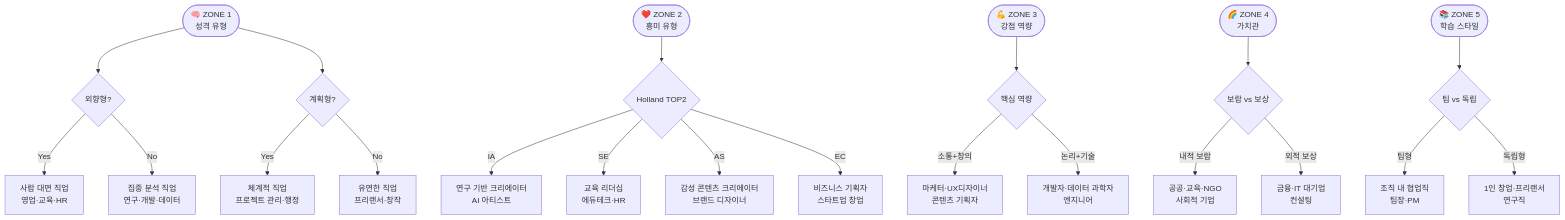
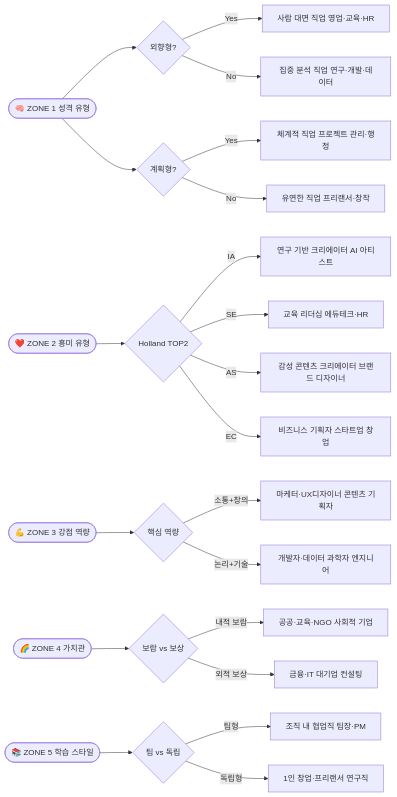
One commit to Collegenie-X/AI-career-path changed the eighth of 21 diagrams in 직업적성검사_문제집_자기이해_리포트.md. Above: the diagram before and after it, drawn with Mermaid. The commit also changed other lines of this file and 7 other files, not shown here.

````diff
--- a/직업적성검사_문제집_자기이해_리포트.md
+++ b/직업적성검사_문제집_자기이해_리포트.md
@@ -382,24 +382,24 @@
 ```mermaid
-flowchart TD
-    Z1([🧠 ZONE 1<br>성격 유형]) --> M1{외향형?}
+flowchart LR
+    Z1([🧠 ZONE 1 성격 유형]) --> M1{외향형?}
     Z1 --> M2{계획형?}
-    Z2([❤️ ZONE 2<br>흥미 유형]) --> M3{Holland TOP2}
-    Z3([💪 ZONE 3<br>강점 역량]) --> M4{핵심 역량}
-    Z4([🌈 ZONE 4<br>가치관]) --> M5{보람 vs 보상}
-    Z5([📚 ZONE 5<br>학습 스타일]) --> M6{팀 vs 독립}
+    Z2([❤️ ZONE 2 흥미 유형]) --> M3{Holland TOP2}
+    Z3([💪 ZONE 3 강점 역량]) --> M4{핵심 역량}
+    Z4([🌈 ZONE 4 가치관]) --> M5{보람 vs 보상}
+    Z5([📚 ZONE 5 학습 스타일]) --> M6{팀 vs 독립}
 
-    M1 -->|Yes| P1[사람 대면 직업<br>영업·교육·HR]
-    M1 -->|No| P2[집중 분석 직업<br>연구·개발·데이터]
-    M2 -->|Yes| P3[체계적 직업<br>프로젝트 관리·행정]
-    M2 -->|No| P4[유연한 직업<br>프리랜서·창작]
-    M3 -->|IA| P5[연구 기반 크리에이터<br>AI 아티스트]
-    M3 -->|SE| P6[교육 리더십<br>에듀테크·HR]
-    M3 -->|AS| P7[감성 콘텐츠 크리에이터<br>브랜드 디자이너]
-    M3 -->|EC| P8[비즈니스 기획자<br>스타트업 창업]
-    M4 -->|소통+창의| P9[마케터·UX디자이너<br>콘텐츠 기획자]
-    M4 -->|논리+기술| P10[개발자·데이터 과학자<br>엔지니어]
-    M5 -->|내적 보람| P11[공공·교육·NGO<br>사회적 기업]
-    M5 -->|외적 보상| P12[금융·IT 대기업<br>컨설팅]
-    M6 -->|팀형| P13[조직 내 협업직<br>팀장·PM]
-    M6 -->|독립형| P14[1인 창업·프리랜서<br>연구직]
+    M1 -->|Yes| P1[사람 대면 직업 영업·교육·HR]
+    M1 -->|No| P2[집중 분석 직업 연구·개발·데이터]
+    M2 -->|Yes| P3[체계적 직업 프로젝트 관리·행정]
+    M2 -->|No| P4[유연한 직업 프리랜서·창작]
+    M3 -->|IA| P5[연구 기반 크리에이터 AI 아티스트]
+    M3 -->|SE| P6[교육 리더십 에듀테크·HR]
+    M3 -->|AS| P7[감성 콘텐츠 크리에이터 브랜드 디자이너]
+    M3 -->|EC| P8[비즈니스 기획자 스타트업 창업]
+    M4 -->|소통+창의| P9[마케터·UX디자이너 콘텐츠 기획자]
+    M4 -->|논리+기술| P10[개발자·데이터 과학자 엔지니어]
+    M5 -->|내적 보람| P11[공공·교육·NGO 사회적 기업]
+    M5 -->|외적 보상| P12[금융·IT 대기업 컨설팅]
+    M6 -->|팀형| P13[조직 내 협업직 팀장·PM]
+    M6 -->|독립형| P14[1인 창업·프리랜서 연구직]
 ```
````
